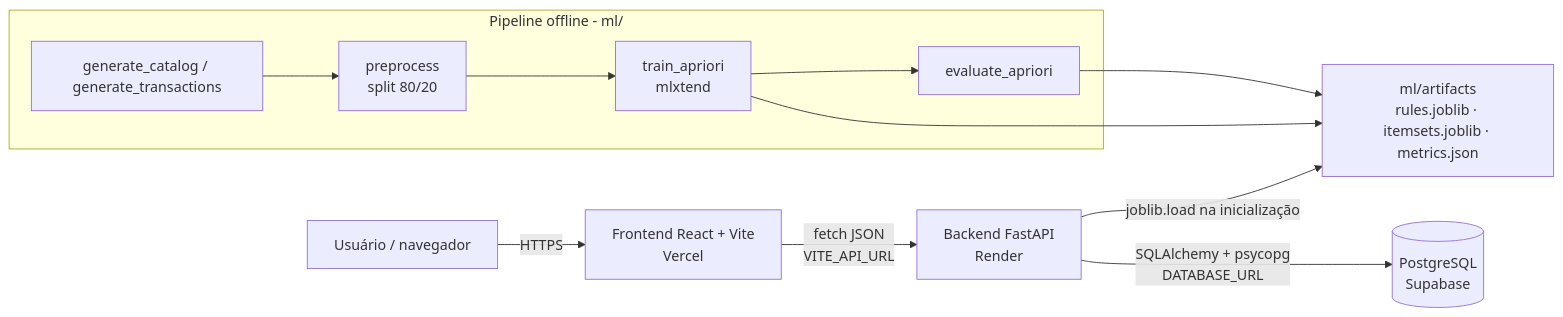
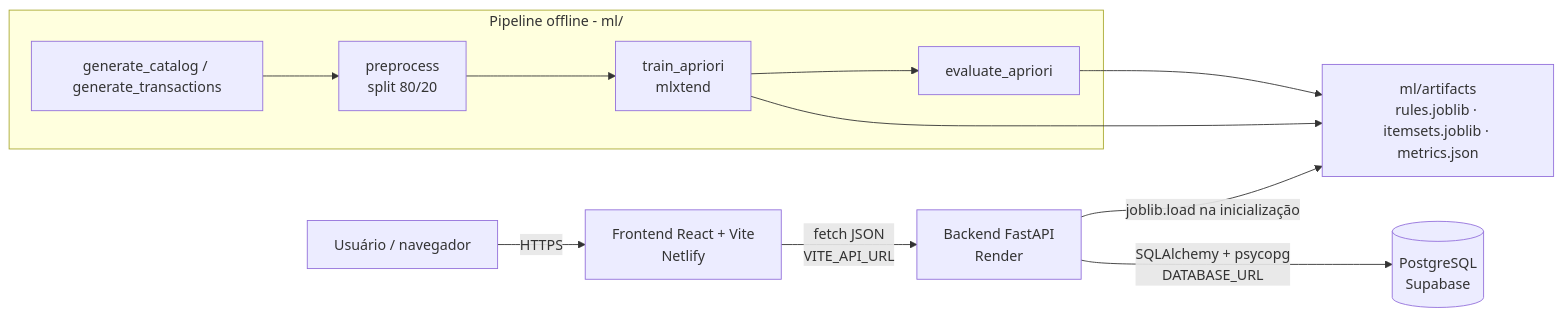
The diagram in docs/architecture.md (aloisiojuniordev-hub/ipaj-gaming), drawn with Mermaid before and after one commit. The commit also changed 15 other files, not shown here.

````diff
--- a/docs/architecture.md
+++ b/docs/architecture.md
@@ -5,14 +5,14 @@
 ```mermaid
 flowchart LR
-    U[Usuário / navegador] -->|HTTPS| V[Frontend React + Vite<br/>Vercel]
+    U[Usuário / navegador] -->|HTTPS| V[Frontend React + Vite<br/>Netlify]
     V -->|fetch JSON<br/>VITE_API_URL| R[Backend FastAPI<br/>Render]
     R -->|SQLAlchemy + psycopg<br/>DATABASE_URL| S[(PostgreSQL<br/>Supabase)]
     R -->|joblib.load na inicialização| A[ml/artifacts<br/>rules.joblib · itemsets.joblib · metrics.json]
     subgraph Offline [Pipeline offline - ml/]
       G[generate_catalog / generate_transactions] --> P[preprocess<br/>split 80/20]
       P --> T[train_apriori<br/>mlxtend]
       T --> E[evaluate_apriori]
     end
     T --> A
     E --> A
 ```
````
